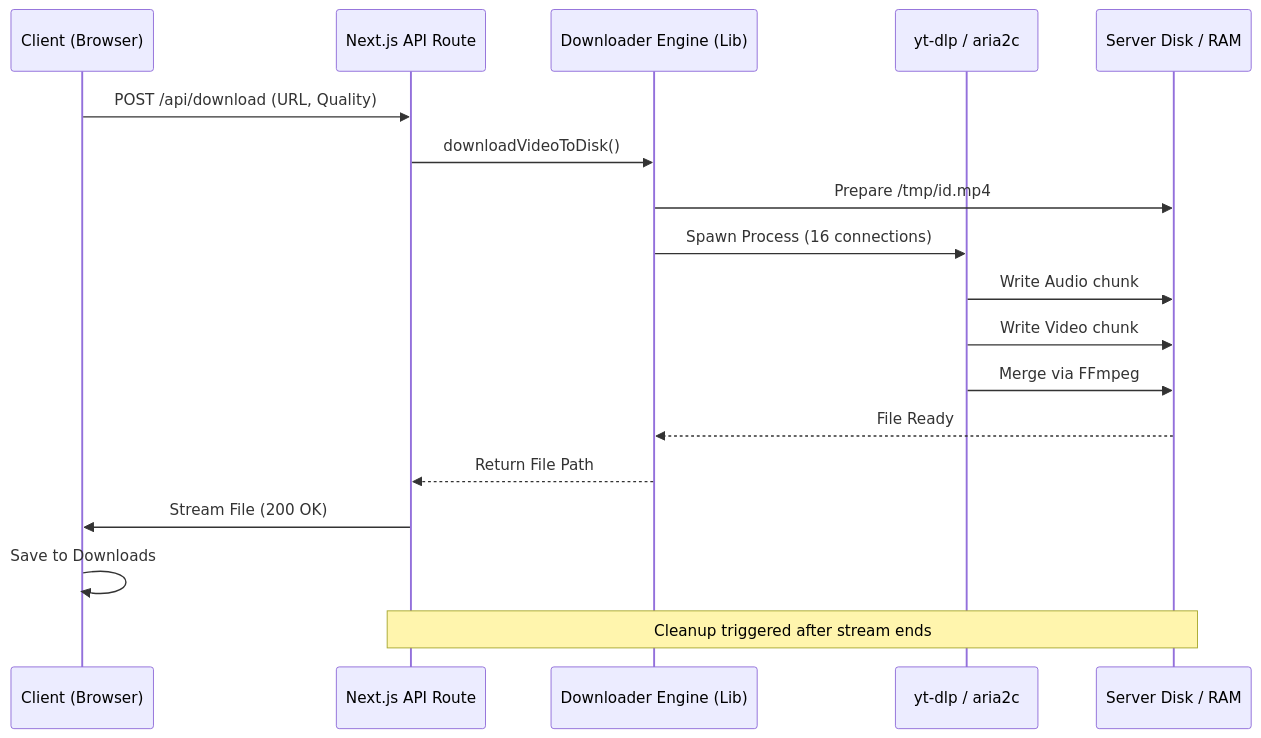
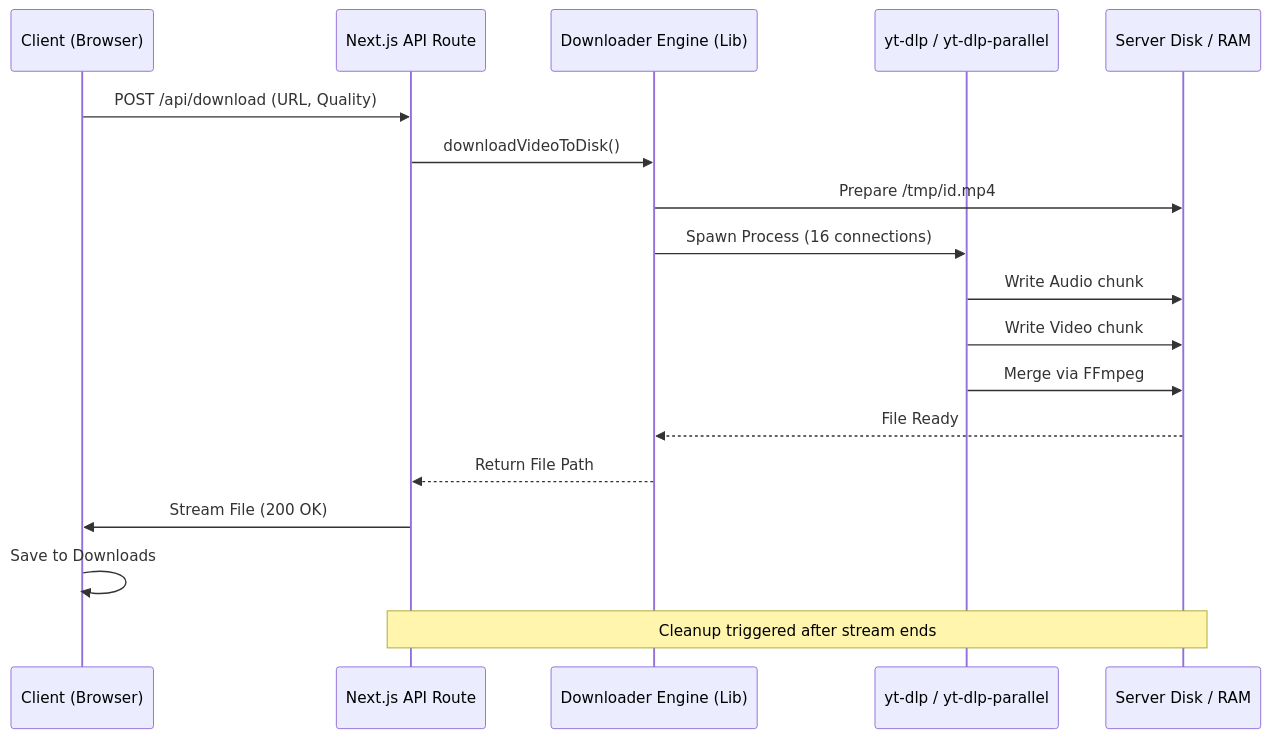
Before and after one commit to Cosmy145/Cosmy-s-Youtube-Downloader: the diagram in README.md, drawn with Mermaid. The commit also changed other lines of this file and 3 other files, not shown here.

````diff
--- a/README.md
+++ b/README.md
@@ -209,21 +209,21 @@
 ```mermaid
 sequenceDiagram
     participant User as Client (Browser)
     participant API as Next.js API Route
     participant Engine as Downloader Engine (Lib)
-    participant YTDLP as yt-dlp / aria2c
+    participant YTDLP as yt-dlp / yt-dlp-parallel
     participant Disk as Server Disk / RAM
     
     User->>API: POST /api/download (URL, Quality)
     API->>Engine: downloadVideoToDisk()
     Engine->>Disk: Prepare /tmp/id.mp4
     Engine->>YTDLP: Spawn Process (16 connections)
     YTDLP->>Disk: Write Audio chunk
     YTDLP->>Disk: Write Video chunk
     YTDLP->>Disk: Merge via FFmpeg
     Disk-->>Engine: File Ready
     Engine-->>API: Return File Path
     API->>User: Stream File (200 OK)
     User->>User: Save to Downloads
     Note over API,Disk: Cleanup triggered after stream ends
 ```
````
